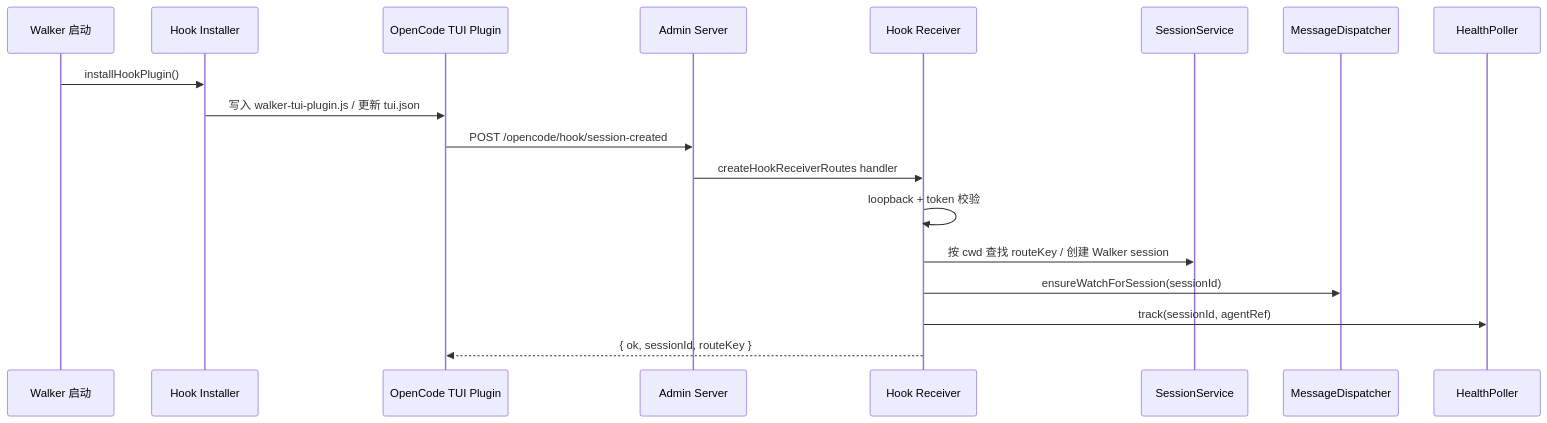
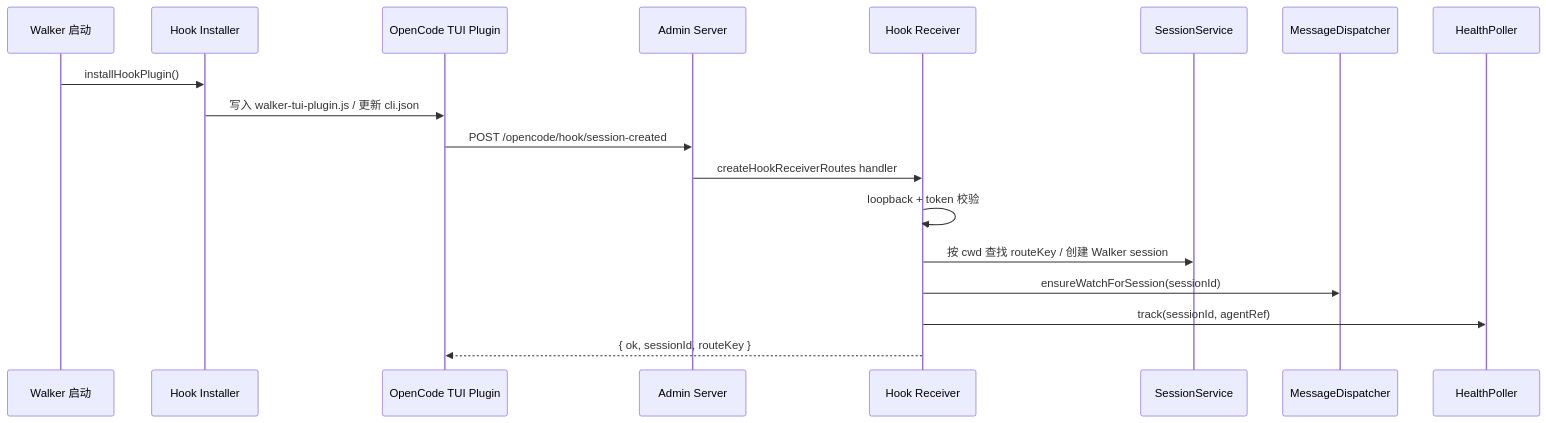
One commit to xiqin/walker changed the fifth of 6 diagrams in README.md. Above: the diagram before and after it, drawn with Mermaid. The commit also changed other lines of this file and 13 other files, not shown here.

````diff
--- a/README.md
+++ b/README.md
@@ -564,22 +564,22 @@
 ```mermaid
 sequenceDiagram
   participant W as Walker 启动
   participant I as Hook Installer
   participant T as OpenCode TUI Plugin
   participant A as Admin Server
   participant H as Hook Receiver
   participant S as SessionService
   participant D as MessageDispatcher
   participant HP as HealthPoller
 
   W->>I: installHookPlugin()
-  I->>T: 写入 walker-tui-plugin.js / 更新 tui.json
+  I->>T: 写入 walker-tui-plugin.js / 更新 cli.json
 
   T->>A: POST /opencode/hook/session-created
   A->>H: createHookReceiverRoutes handler
   H->>H: loopback + token 校验
   H->>S: 按 cwd 查找 routeKey / 创建 Walker session
   H->>D: ensureWatchForSession(sessionId)
   H->>HP: track(sessionId, agentRef)
   H-->>T: { ok, sessionId, routeKey }
 ```
````
